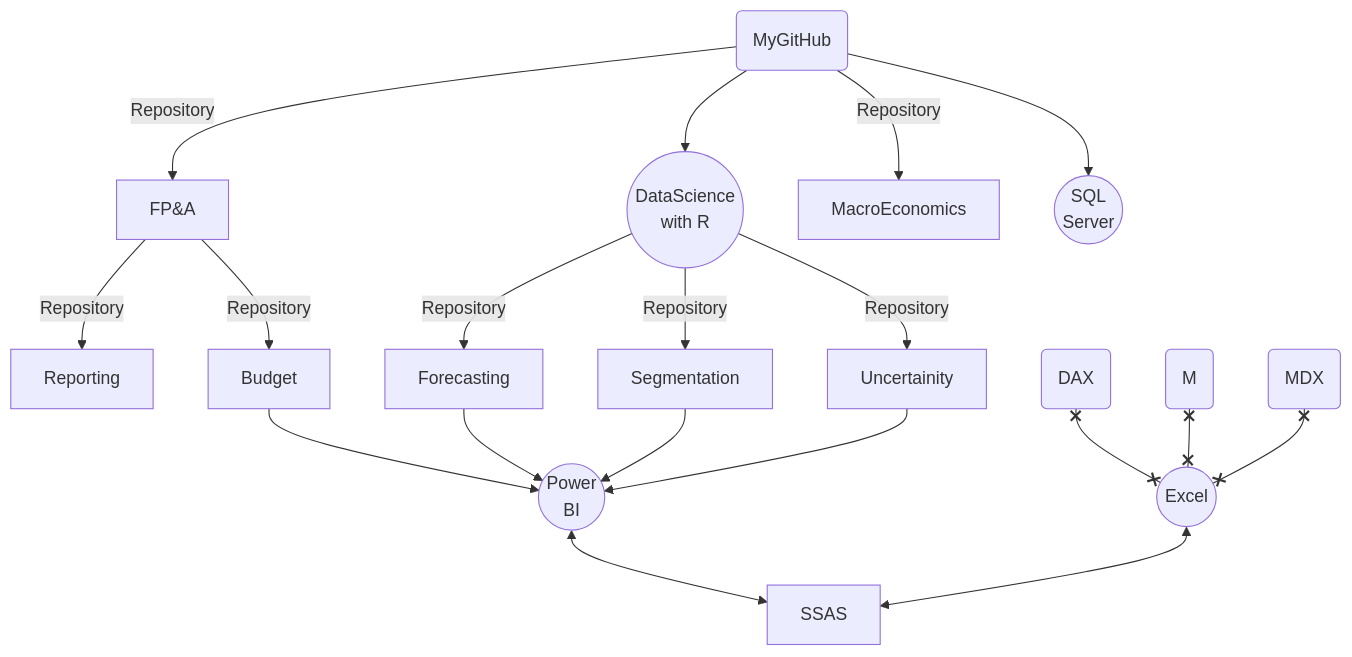
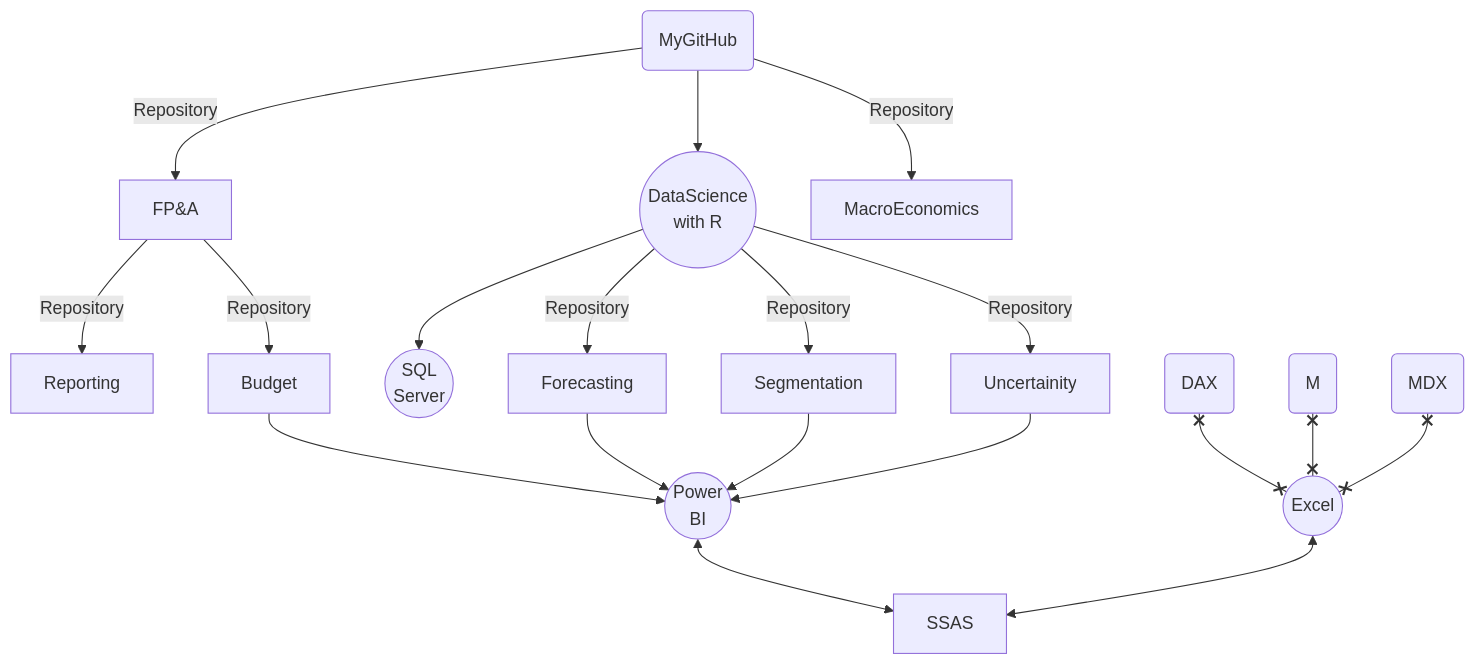
The diagram in README.md (md3629/md3629), drawn with Mermaid before and after one commit.

````diff
--- a/README.md
+++ b/README.md
@@ -4,24 +4,24 @@
 ```mermaid
 graph TD;
     my(MyGitHub)-->|Repository|FP&A;
     FP&A-->|Repository|Reporting;
     FP&A-->|Repository|Budget;
     my(MyGitHub)-->a((DataScience<br> with R))
        
     my(MyGitHub)-->|Repository|MacroEconomics;
-    my(MyGitHub)-->SQL((SQL<br>Server))
+    a((DataScience<br> with R))-->SQL((SQL<br>Server))
     a((DataScience<br> with R))--Repository-->Forecasting;
     a((DataScience<br> with R))--Repository-->Segmentation;
     a((DataScience<br> with R))--Repository-->Uncertainity;
     Uncertainity-->P((Power<br>BI));
     Forecasting-->P((Power<br>BI));
     Segmentation-->P((Power<br>BI));
     Budget-->P((Power<br>BI));
     
     D(DAX)x--xE((Excel));
     M(M)x--xE((Excel));
     
     A(MDX)x--xE((Excel));
     E((Excel))<-->SSAS;
     P((Power<br>BI))<-->SSAS;
 ```
````
